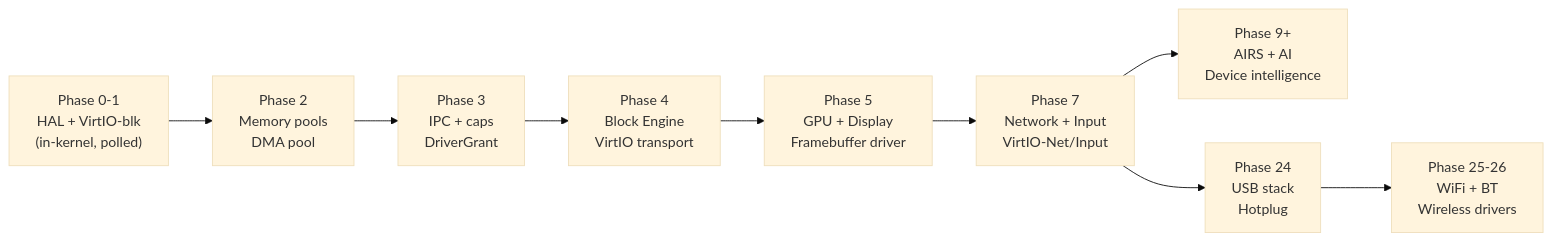
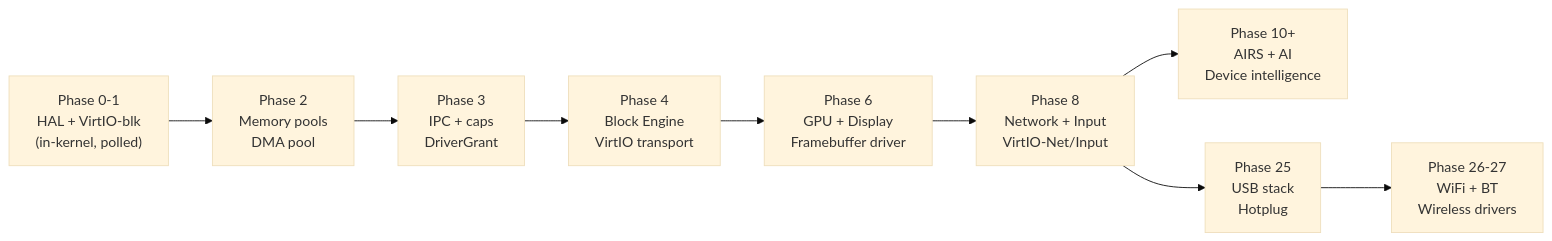
Before and after one commit to juslee/aios: the third of 3 diagrams in docs/kernel/device-model.md, drawn with Mermaid (base theme). The commit also changed other lines of this file and 135 other files, not shown here.

First line of the commit message:
Renumber Phase 5→6 through Phase 46→47 across architecture docs

````diff
--- a/docs/kernel/device-model.md
+++ b/docs/kernel/device-model.md
@@ -131,18 +131,18 @@
 ```mermaid
 flowchart LR
     P0["Phase 0-1\nHAL + VirtIO-blk\n(in-kernel, polled)"]
     P2["Phase 2\nMemory pools\nDMA pool"]
     P3["Phase 3\nIPC + caps\nDriverGrant"]
     P4["Phase 4\nBlock Engine\nVirtIO transport"]
-    P5["Phase 5\nGPU + Display\nFramebuffer driver"]
-    P7["Phase 7\nNetwork + Input\nVirtIO-Net/Input"]
-    P8["Phase 9+\nAIRS + AI\nDevice intelligence"]
-    P17["Phase 24\nUSB stack\nHotplug"]
-    P18["Phase 25-26\nWiFi + BT\nWireless drivers"]
+    P5["Phase 6\nGPU + Display\nFramebuffer driver"]
+    P7["Phase 8\nNetwork + Input\nVirtIO-Net/Input"]
+    P8["Phase 10+\nAIRS + AI\nDevice intelligence"]
+    P17["Phase 25\nUSB stack\nHotplug"]
+    P18["Phase 26-27\nWiFi + BT\nWireless drivers"]
 
     P0 --> P2 --> P3 --> P4
     P4 --> P5 --> P7
     P7 --> P8
     P7 --> P17 --> P18
 
 ```
````
